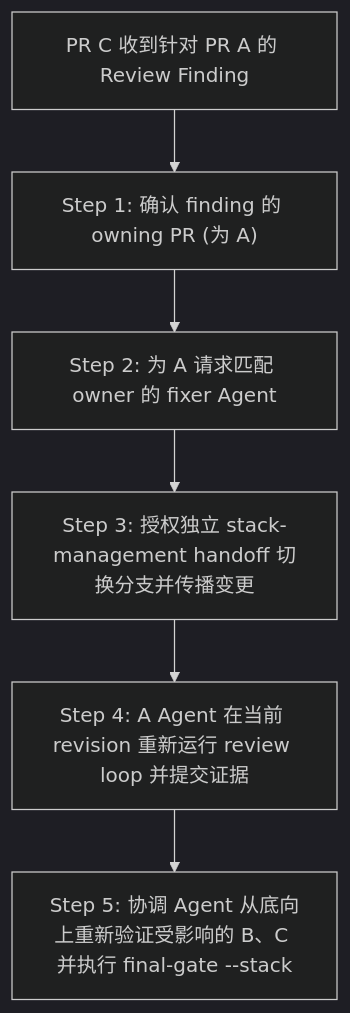
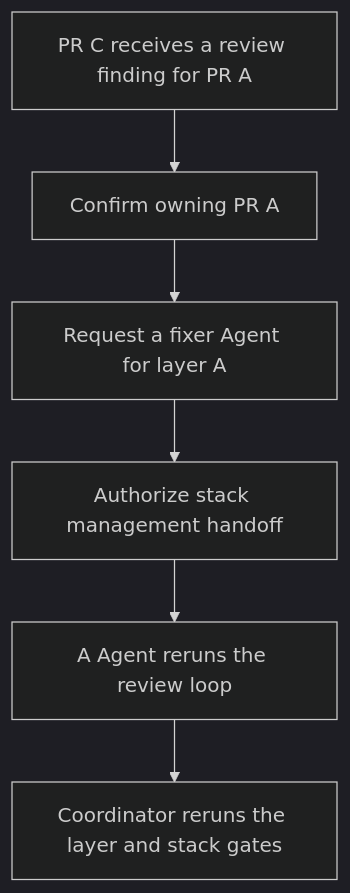
The fourth of 4 diagrams in _posts/2026-08-02-gh-address-cr-stacked-prs.md (RbBtSn0w/rbbtsn0w.github.io), drawn with Mermaid (dark theme) before and after one commit. The commit also changed other lines of this file, not shown here.

````diff
--- a/_posts/2026-08-02-gh-address-cr-stacked-prs.md
+++ b/_posts/2026-08-02-gh-address-cr-stacked-prs.md
@@ -161,8 +164,8 @@
 ```mermaid
 flowchart TD
-    Start["PR C 收到针对 PR A 的 Review Finding"] --> Step1["Step 1: 确认 finding 的 owning PR (为 A)"]
-    Step1 --> Step2["Step 2: 为 A 请求匹配 owner 的 fixer Agent"]
-    Step2 --> Step3["Step 3: 授权独立 stack-management handoff 切换分支并传播变更"]
-    Step3 --> Step4["Step 4: A Agent 在当前 revision 重新运行 review loop 并提交证据"]
-    Step4 --> Step5["Step 5: 协调 Agent 从底向上重新验证受影响的 B、C 并执行 final-gate --stack"]
+    Start["PR C receives a review finding for PR A"] --> Step1["Confirm owning PR A"]
+    Step1 --> Step2["Request a fixer Agent for layer A"]
+    Step2 --> Step3["Authorize stack management handoff"]
+    Step3 --> Step4["A Agent reruns the review loop"]
+    Step4 --> Step5["Coordinator reruns the layer and stack gates"]
 ```
````
